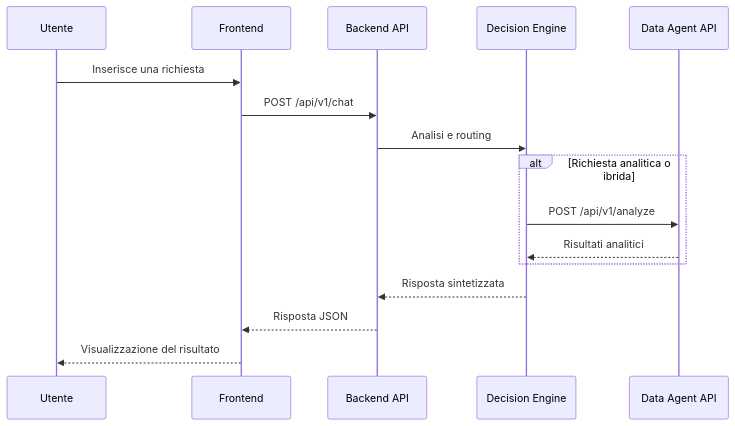
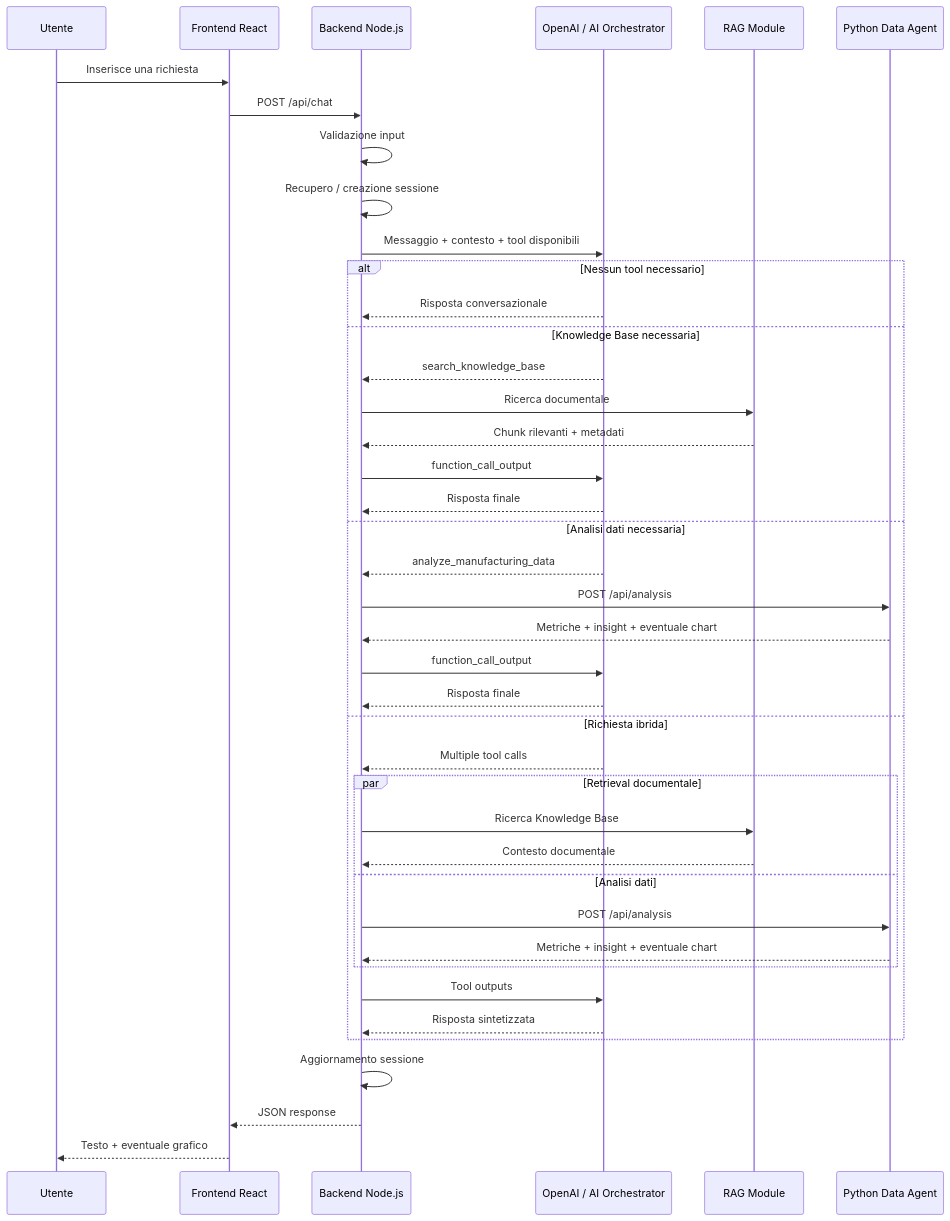
One commit to marcosaccani1/maranello-ai changed the second of 3 diagrams in docs/it/05_API_Specification.md. Above: the diagram before and after it, drawn with Mermaid. The commit also changed other lines of this file and 7 other files, not shown here.

````diff
--- a/docs/it/05_API_Specification.md
+++ b/docs/it/05_API_Specification.md
@@ -156,26 +389,49 @@
 ```mermaid
 sequenceDiagram
 
-participant User as Utente
-participant FE as Frontend
-participant BE as Backend API
-participant DE as Decision Engine
-participant DA as Data Agent API
+    participant User as Utente
+    participant FE as Frontend React
+    participant BE as Backend Node.js
+    participant AI as OpenAI / AI Orchestrator
+    participant RAG as RAG Module
+    participant DA as Python Data Agent
 
-User->>FE: Inserisce una richiesta
+    User->>FE: Inserisce una richiesta
+    FE->>BE: POST /api/chat
 
-FE->>BE: POST /api/v1/chat
+    BE->>BE: Validazione input
+    BE->>BE: Recupero / creazione sessione
 
-BE->>DE: Analisi e routing
+    BE->>AI: Messaggio + contesto + tool disponibili
 
-alt Richiesta analitica o ibrida
-    DE->>DA: POST /api/v1/analyze
-    DA-->>DE: Risultati analitici
-end
+    alt Nessun tool necessario
+        AI-->>BE: Risposta conversazionale
+    else Knowledge Base necessaria
+        AI-->>BE: search_knowledge_base
+        BE->>RAG: Ricerca documentale
+        RAG-->>BE: Chunk rilevanti + metadati
+        BE->>AI: function_call_output
+        AI-->>BE: Risposta finale
+    else Analisi dati necessaria
+        AI-->>BE: analyze_manufacturing_data
+        BE->>DA: POST /api/analysis
+        DA-->>BE: Metriche + insight + eventuale chart
+        BE->>AI: function_call_output
+        AI-->>BE: Risposta finale
+    else Richiesta ibrida
+        AI-->>BE: Multiple tool calls
+        par Retrieval documentale
+            BE->>RAG: Ricerca Knowledge Base
+            RAG-->>BE: Contesto documentale
+        and Analisi dati
+            BE->>DA: POST /api/analysis
+            DA-->>BE: Metriche + insight + eventuale chart
+        end
+        BE->>AI: Tool outputs
+        AI-->>BE: Risposta sintetizzata
+    end
 
-DE-->>BE: Risposta sintetizzata
-
-BE-->>FE: Risposta JSON
-
-FE-->>User: Visualizzazione del risultato
+    BE->>BE: Aggiornamento sessione
+    BE-->>FE: JSON response
+    FE-->>User: Testo + eventuale grafico
 ```
````
